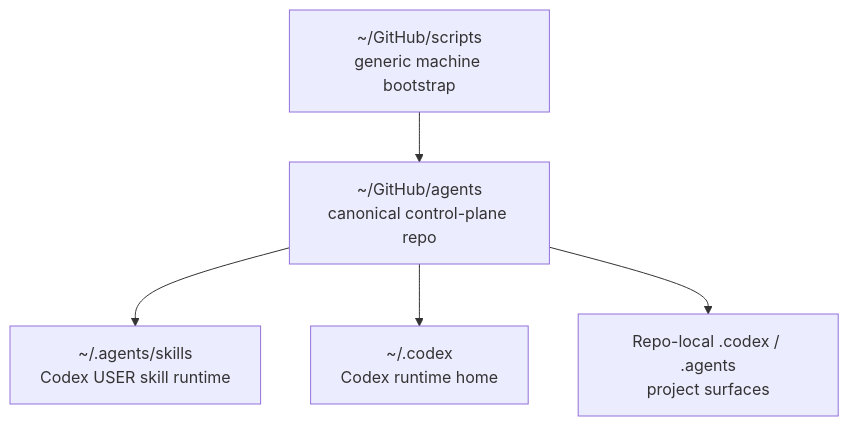
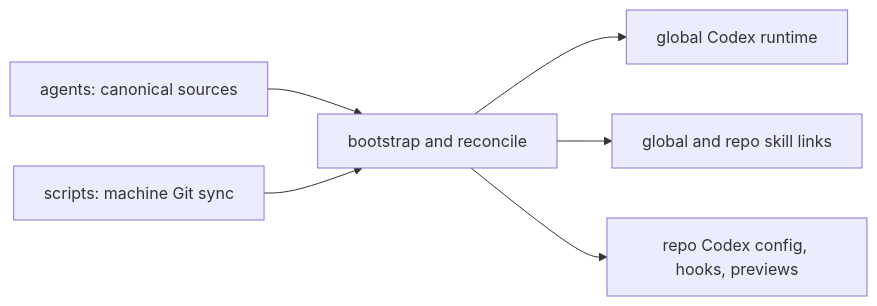
One commit to AdithyanI/agents changed the diagram in docs/architecture/codex-control-plane.md. Above: the diagram before and after it, drawn with Mermaid. The commit also changed other lines of this file and 70 other files, not shown here.

````diff
--- a/docs/architecture/codex-control-plane.md
+++ b/docs/architecture/codex-control-plane.md
@@ -9,13 +5,8 @@
 ```mermaid
-flowchart TD
-    A["~/GitHub/agents<br/>canonical control-plane repo"]
-    B["~/.agents/skills<br/>Codex USER skill runtime"]
-    C["~/.codex<br/>Codex runtime home"]
-    E["Repo-local .codex / .agents<br/>project surfaces"]
-    F["~/GitHub/scripts<br/>generic machine bootstrap"]
-
-    A --> B
-    A --> C
-    A --> E
-    F --> A
+flowchart LR
+    A[agents: canonical sources] --> B[bootstrap and reconcile]
+    B --> C[global Codex runtime]
+    B --> D[global and repo skill links]
+    B --> E[repo Codex config, hooks, previews]
+    F[scripts: machine Git sync] --> B
 ```
````
